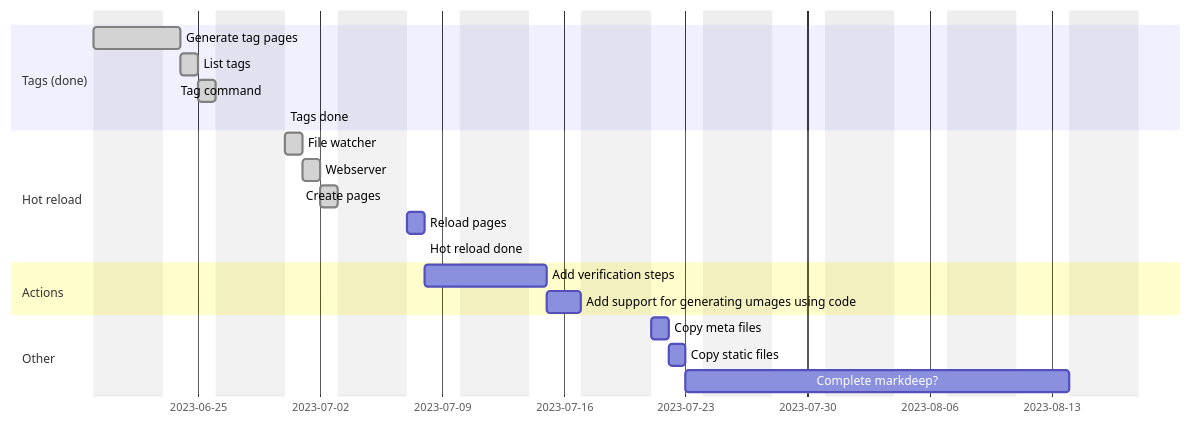
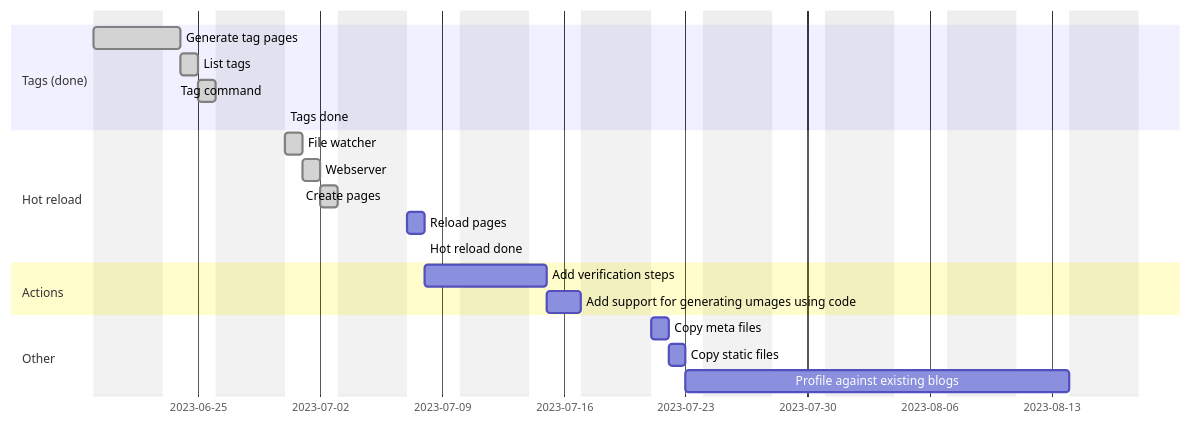
One commit to madeso/blaggen changed the diagram in readme.md. Above: the diagram before and after it, drawn with Mermaid. The commit also changed other lines of this file, not shown here.

````diff
--- a/readme.md
+++ b/readme.md
@@ -43,29 +39,29 @@
 ```mermaid
 gantt
     dateFormat  YYYY-MM-DD
     section Plan
     excludes monday, tuesday, wednesday, thursday
 
     section Tags (done)
     Generate tag pages: done, tag_pages, 2023-06-19, 2d
     List tags: done, list_tags, after tag_pages, 1d
     Tag command: done, tag_command, after list_tags, 1d
     Tags done: done, tags_done, after tag_command, 0h
 
     section Hot reload
     File watcher: done, file_watcher, after tags_done, 1d
     Webserver: done, webserver, after file_watcher, 1d
     Create pages: done, create_pages, after webserver, 1d
     Reload pages: reload_pages, after create_pages, 1d
     Hot reload done: hotreload_done, after reload_pages, 0d
     
     section Actions
     Add verification steps: action_verify, after hotreload_done, 3d
     Add support for generating umages using code: action_image, after action_verify, 2d
 
     section Other
     Copy meta files: copy_meta, after action_image, 1d
     Copy static files: copy_static, after copy_meta, 1d
 
-    Complete markdeep?: after copy_static, 10d
+    Profile against existing blogs: after copy_static, 10d
 ```
````
